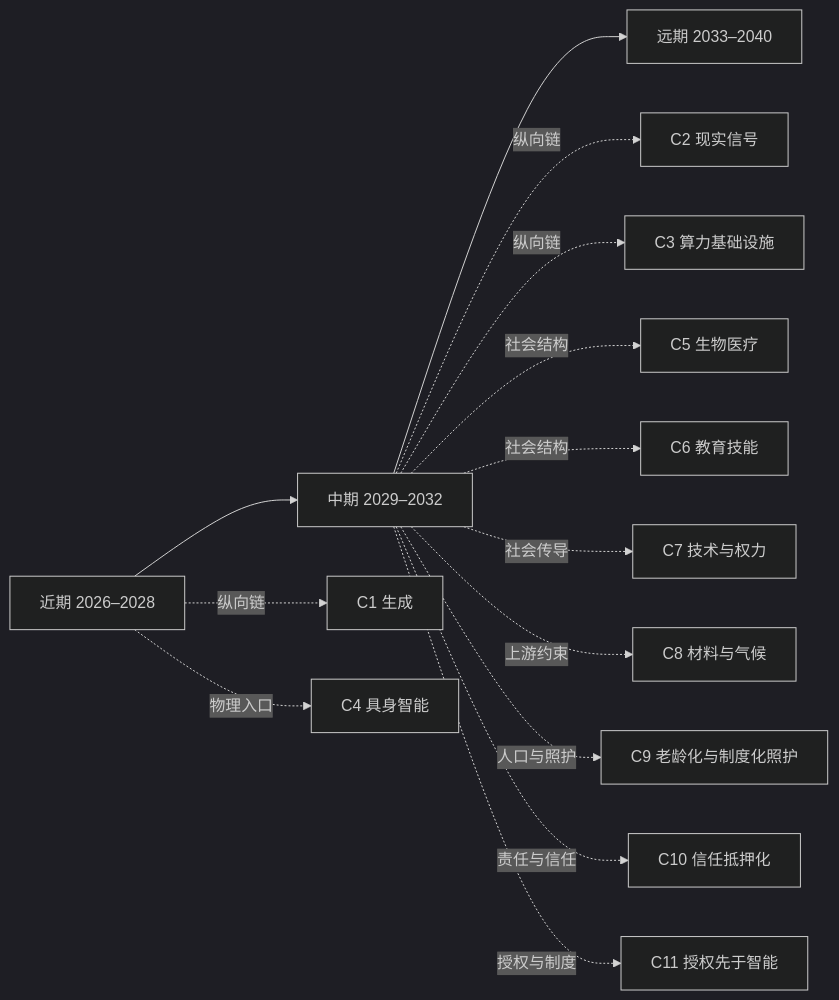
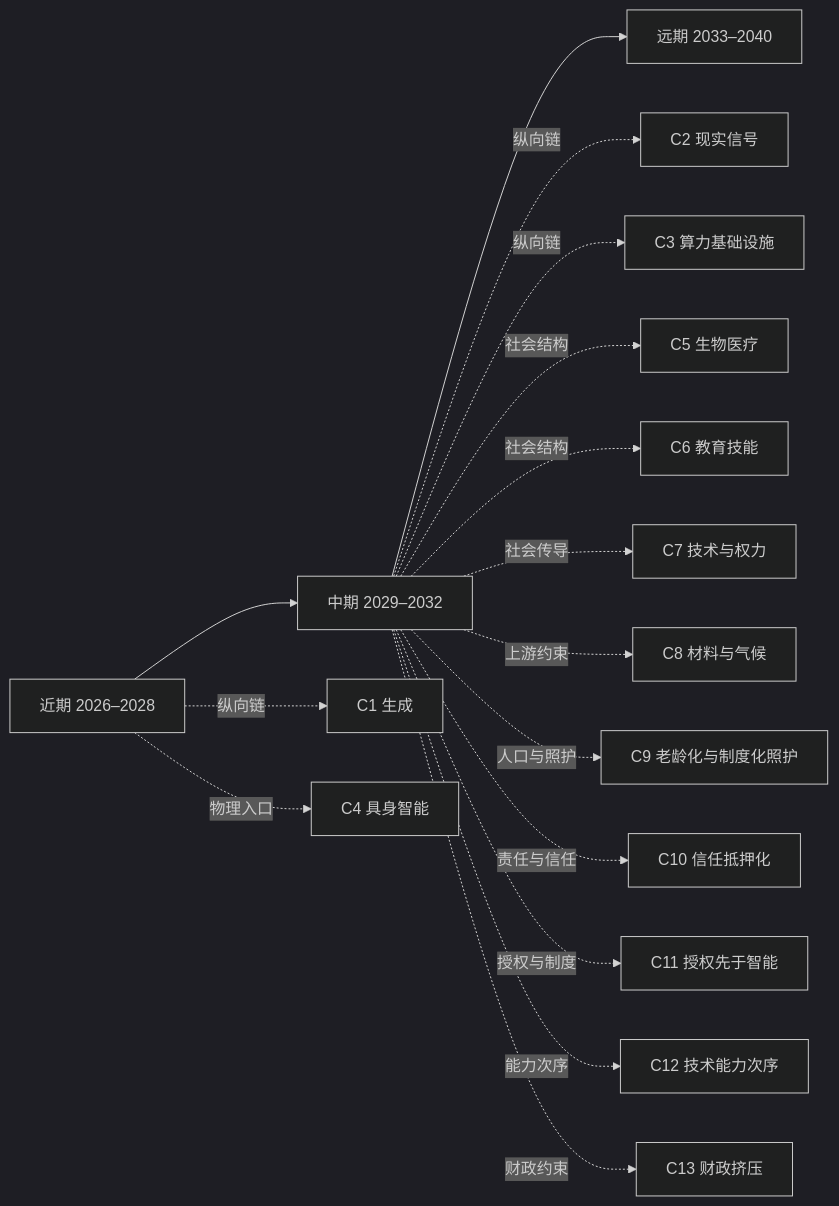
The diagram in docs/zh/20-mid.md (SenZhangAI/foresight-by-ai), drawn with Mermaid (dark theme) before and after one commit. The commit also changed other lines of this file and 5 other files, not shown here.

````diff
--- a/docs/zh/20-mid.md
+++ b/docs/zh/20-mid.md
@@ -23,16 +23,18 @@
 ```mermaid
 flowchart LR
   N[近期 2026–2028] --> M[中期 2029–2032]
   M --> F[远期 2033–2040]
   N -.纵向链.-> C1[C1 生成]
   M -.纵向链.-> C2[C2 现实信号]
   M -.纵向链.-> C3[C3 算力基础设施]
   N -.物理入口.-> C4[C4 具身智能]
   M -.社会结构.-> C5[C5 生物医疗]
   M -.社会结构.-> C6[C6 教育技能]
   M -.社会传导.-> C7[C7 技术与权力]
   M -.上游约束.-> C8[C8 材料与气候]
   M -.人口与照护.-> C9[C9 老龄化与制度化照护]
   M -.责任与信任.-> C10[C10 信任抵押化]
   M -.授权与制度.-> C11[C11 授权先于智能]
+  M -.能力次序.-> C12[C12 技术能力次序]
+  M -.财政约束.-> C13[C13 财政挤压]
 ```
````
